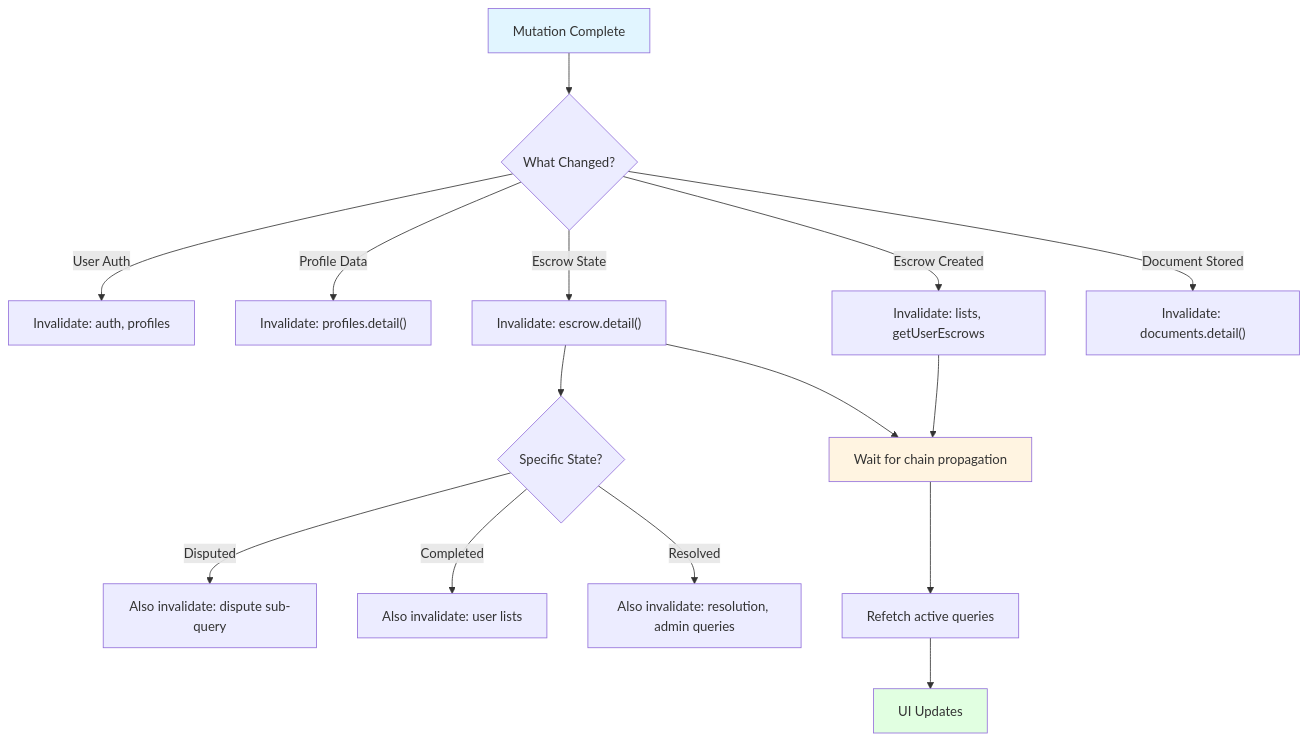
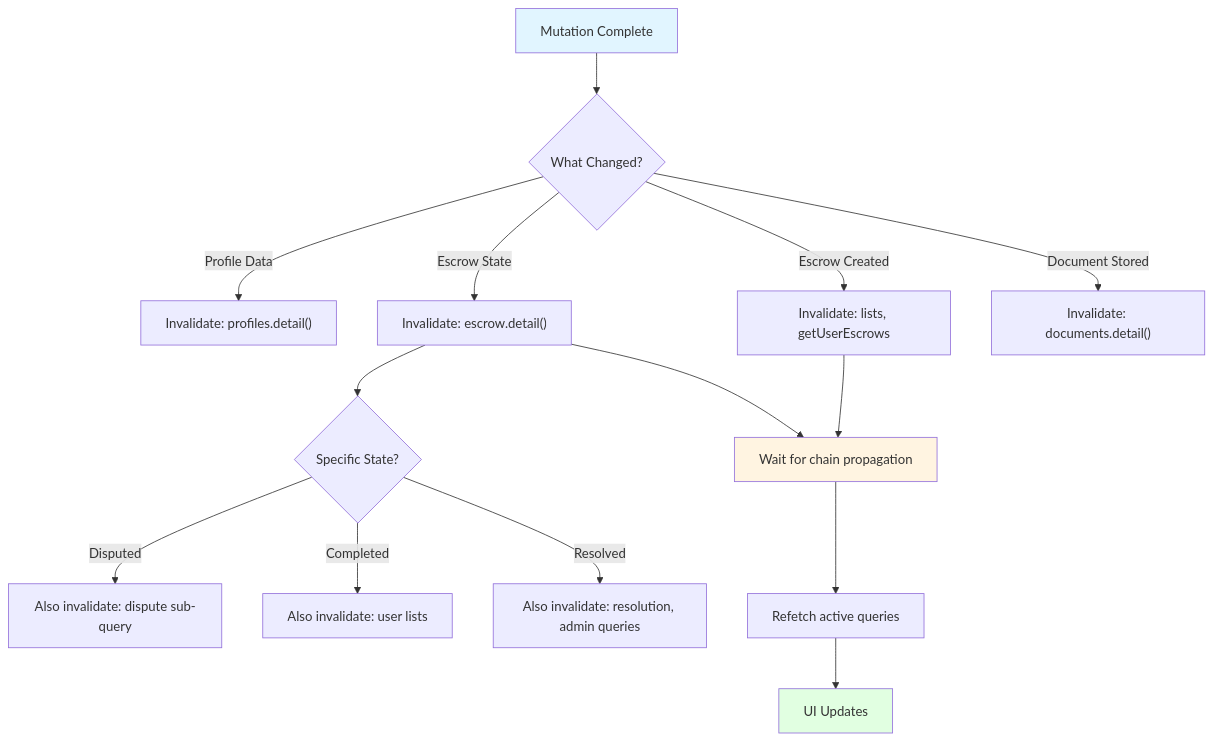
Diagram 12 of 12 in QUERY_CACHE_ARCHITECTURE.md (Gigentic/gigentic-escrow-minipay), drawn with Mermaid before and after one commit. The commit also changed other lines of this file, not shown here.

````diff
--- a/QUERY_CACHE_ARCHITECTURE.md
+++ b/QUERY_CACHE_ARCHITECTURE.md
@@ -927,24 +831,23 @@
 ```mermaid
 graph TD
     A[Mutation Complete] --> B{What Changed?}
 
-    B -->|User Auth| C["Invalidate: auth, profiles"]
-    B -->|Profile Data| D["Invalidate: profiles.detail()"]
-    B -->|Escrow Created| E["Invalidate: lists, getUserEscrows"]
-    B -->|Escrow State| F["Invalidate: escrow.detail()"]
-    B -->|Document Stored| G["Invalidate: documents.detail()"]
+    B -->|Profile Data| C["Invalidate: profiles.detail()"]
+    B -->|Escrow Created| D["Invalidate: lists, getUserEscrows"]
+    B -->|Escrow State| E["Invalidate: escrow.detail()"]
+    B -->|Document Stored| F["Invalidate: documents.detail()"]
 
-    F --> H{Specific State?}
-    H -->|Disputed| I["Also invalidate: dispute sub-query"]
-    H -->|Completed| J["Also invalidate: user lists"]
-    H -->|Resolved| K["Also invalidate: resolution, admin queries"]
+    E --> G{Specific State?}
+    G -->|Disputed| H["Also invalidate: dispute sub-query"]
+    G -->|Completed| I["Also invalidate: user lists"]
+    G -->|Resolved| J["Also invalidate: resolution, admin queries"]
 
-    E --> L["Wait for chain propagation"]
-    F --> L
-    L --> M["Refetch active queries"]
-    M --> N[UI Updates]
+    D --> K["Wait for chain propagation"]
+    E --> K
+    K --> L["Refetch active queries"]
+    L --> M[UI Updates]
 
     style A fill:#e1f5ff
-    style L fill:#fff4e1
-    style N fill:#e1ffe1
+    style K fill:#fff4e1
+    style M fill:#e1ffe1
 ```
````
